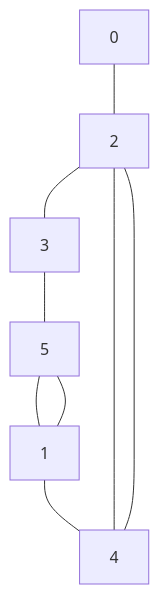
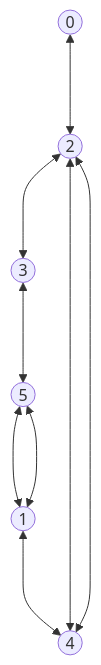
The first of 2 diagrams in ap7/readme.md (dantepedrosa/UFMG-DCC205), drawn with Mermaid before and after one commit. The commit also changed other lines of this file, not shown here.

Commit message:
Improved graph visualization

````diff
--- a/ap7/readme.md
+++ b/ap7/readme.md
@@ -46,11 +46,11 @@
 ```mermaid
 graph TD
-    0 --- 2
-    1 --- 4
-    1 --- 5
-    2 --- 3
-    2 --- 4
-    3 --- 5
-    4 --- 2
-    5 --- 1
+    A((0)) <---> C((2))
+    B((1)) <---> E((4))
+    B((1)) <---> F((5))
+    C((2)) <---> D((3))
+    C((2)) <---> E((4))
+    D((3)) <---> F((5))
+    E((4)) <---> C((2))
+    F((5)) <---> B((1))
 ```
````
